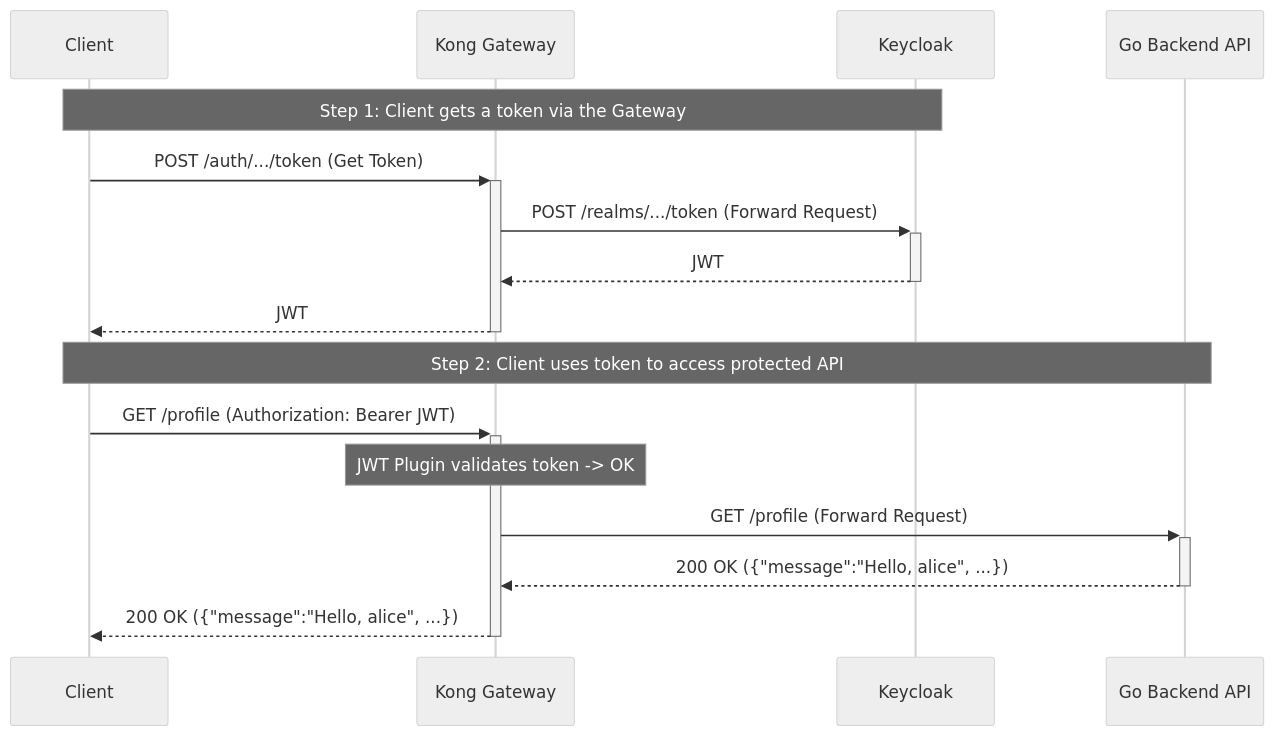
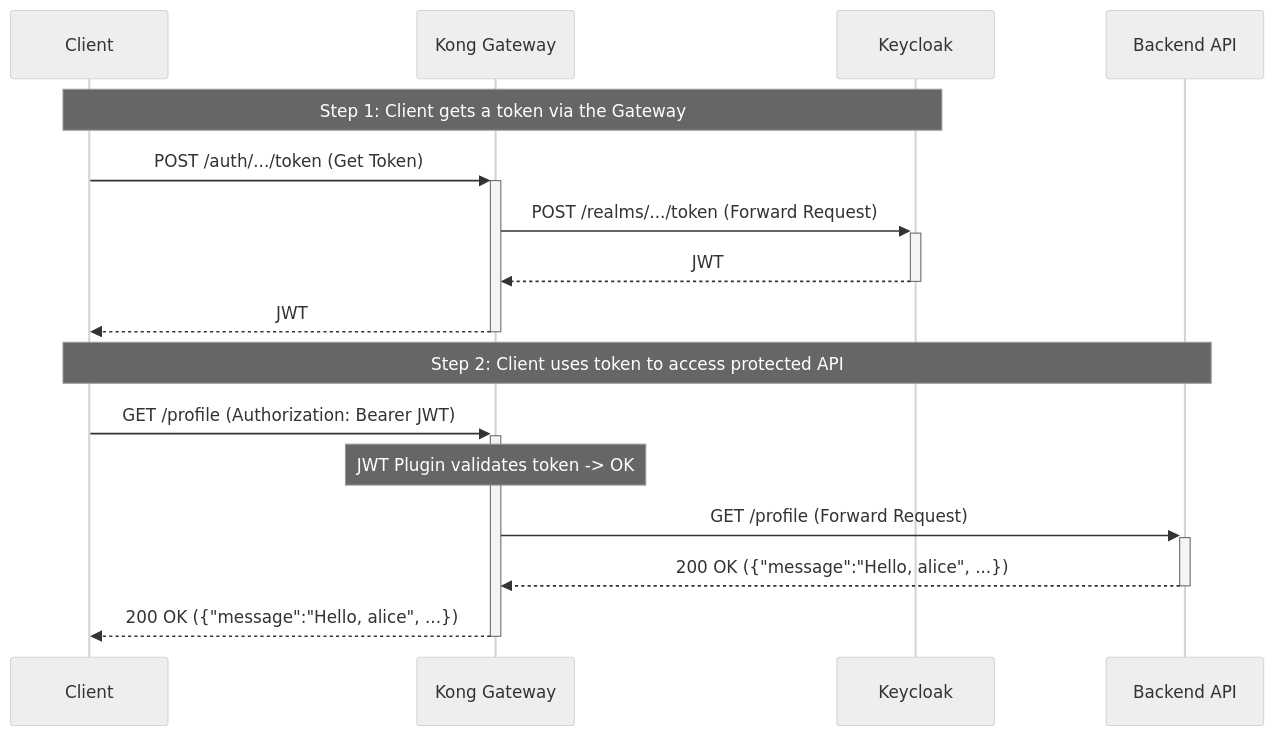
Before and after one commit to Palakorn-Voramongkol/golang-kong-keycloak: the diagram in README.md, drawn with Mermaid (neutral theme).

````diff
--- a/README.md
+++ b/README.md
@@ -36,22 +36,22 @@
 ```mermaid
 sequenceDiagram
     participant Client
     participant Kong Gateway
     participant Keycloak
-    participant Go Backend API
+    participant Backend API
 
     Note over Client, Keycloak: Step 1: Client gets a token via the Gateway
     Client->>+Kong Gateway: POST /auth/.../token (Get Token)
     Kong Gateway->>+Keycloak: POST /realms/.../token (Forward Request)
     Keycloak-->>-Kong Gateway: JWT
     Kong Gateway-->>-Client: JWT
 
-    Note over Client, Go Backend API: Step 2: Client uses token to access protected API
+    Note over Client, Backend API: Step 2: Client uses token to access protected API
     Client->>+Kong Gateway: GET /profile (Authorization: Bearer JWT)
     
     Note over Kong Gateway: JWT Plugin validates token -> OK
 
-    Kong Gateway->>+Go Backend API: GET /profile (Forward Request)
-    Go Backend API-->>-Kong Gateway: 200 OK ({"message":"Hello, alice", ...})
+    Kong Gateway->>+Backend API: GET /profile (Forward Request)
+    Backend API-->>-Kong Gateway: 200 OK ({"message":"Hello, alice", ...})
     Kong Gateway-->>-Client: 200 OK ({"message":"Hello, alice", ...})
 ```
````
